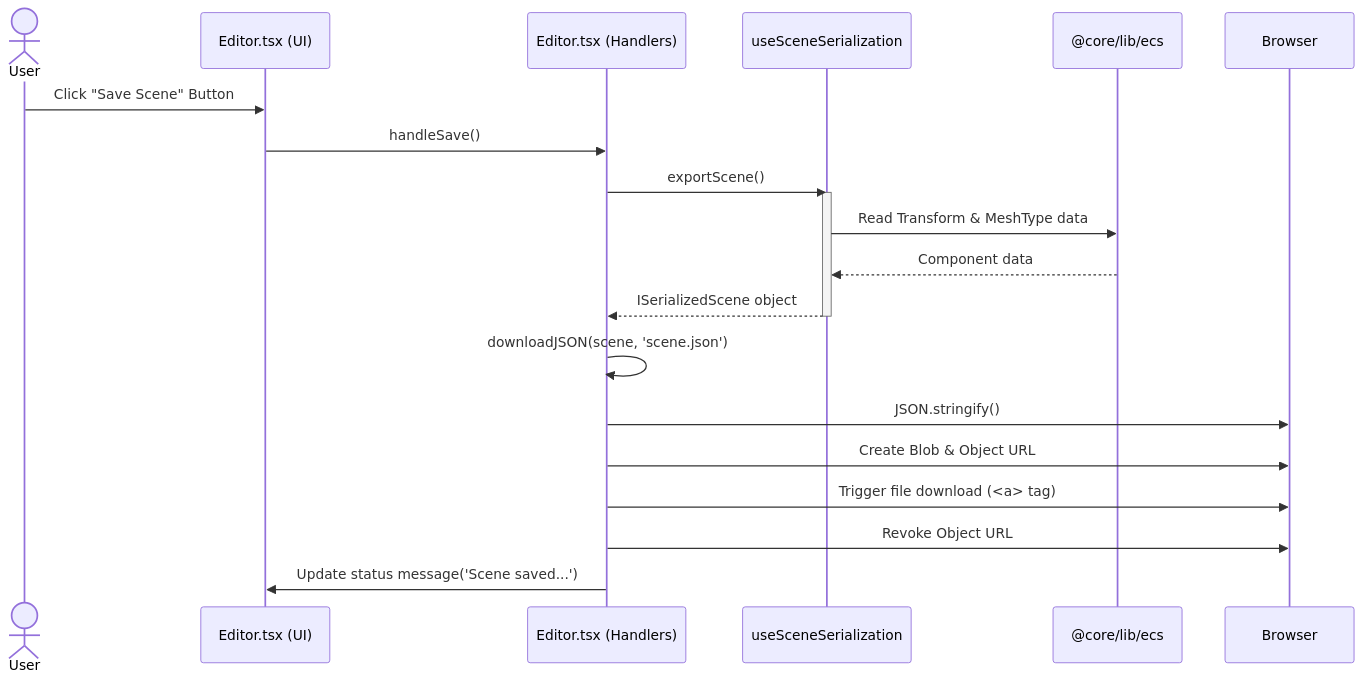
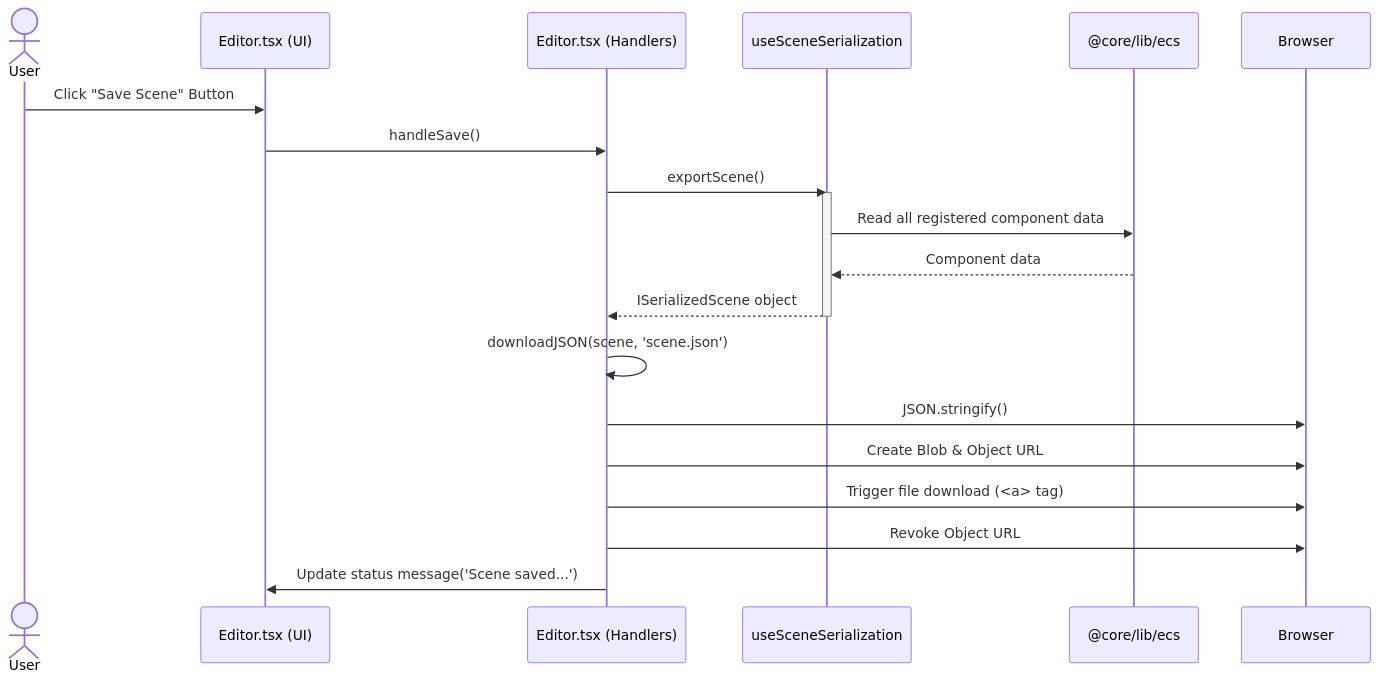
One commit to jonit-dev/vibe-coder-3d changed the first of 3 diagrams in docs/game-editor-scene-serialization.md. Above: the diagram before and after it, drawn with Mermaid. The commit also changed other lines of this file and 1 other file, not shown here.

First line of the commit message:
Enhance scene serialization with Zod validation and component registry

````diff
--- a/docs/game-editor-scene-serialization.md
+++ b/docs/game-editor-scene-serialization.md
@@ -27,24 +29,24 @@
 ```mermaid
 sequenceDiagram
     actor User
     participant EditorUI as Editor.tsx (UI)
     participant Handlers as Editor.tsx (Handlers)
     participant SerializationHook as useSceneSerialization
     participant ECS as @core/lib/ecs
     participant Browser
 
     User->>EditorUI: Click "Save Scene" Button
     EditorUI->>Handlers: handleSave()
     Handlers->>SerializationHook: exportScene()
     activate SerializationHook
-    SerializationHook->>ECS: Read Transform & MeshType data
+    SerializationHook->>ECS: Read all registered component data
     ECS-->>SerializationHook: Component data
     SerializationHook-->>Handlers: ISerializedScene object
     deactivate SerializationHook
     Handlers->>Handlers: downloadJSON(scene, 'scene.json')
     Handlers->>Browser: JSON.stringify()
     Handlers->>Browser: Create Blob & Object URL
     Handlers->>Browser: Trigger file download (<a> tag)
     Handlers->>Browser: Revoke Object URL
     Handlers->>EditorUI: Update status message('Scene saved...')
 ```
````
